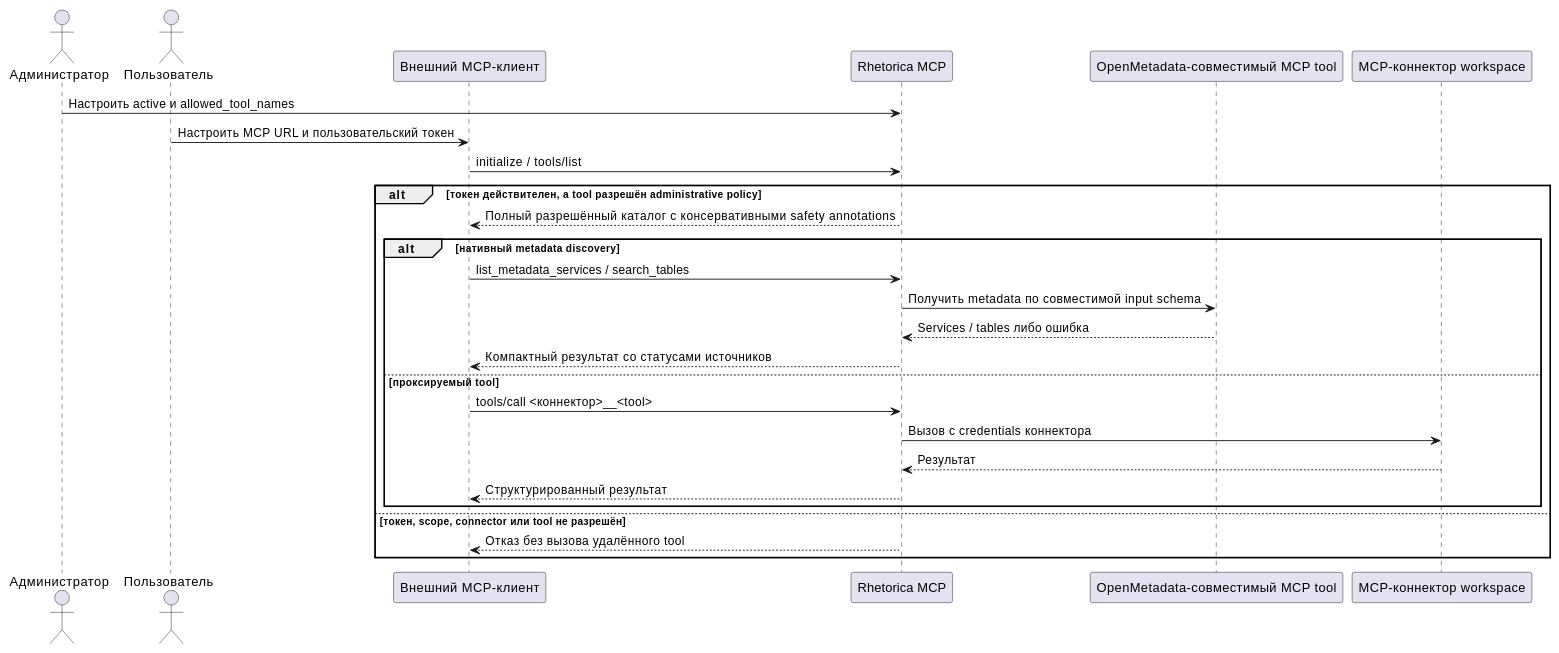
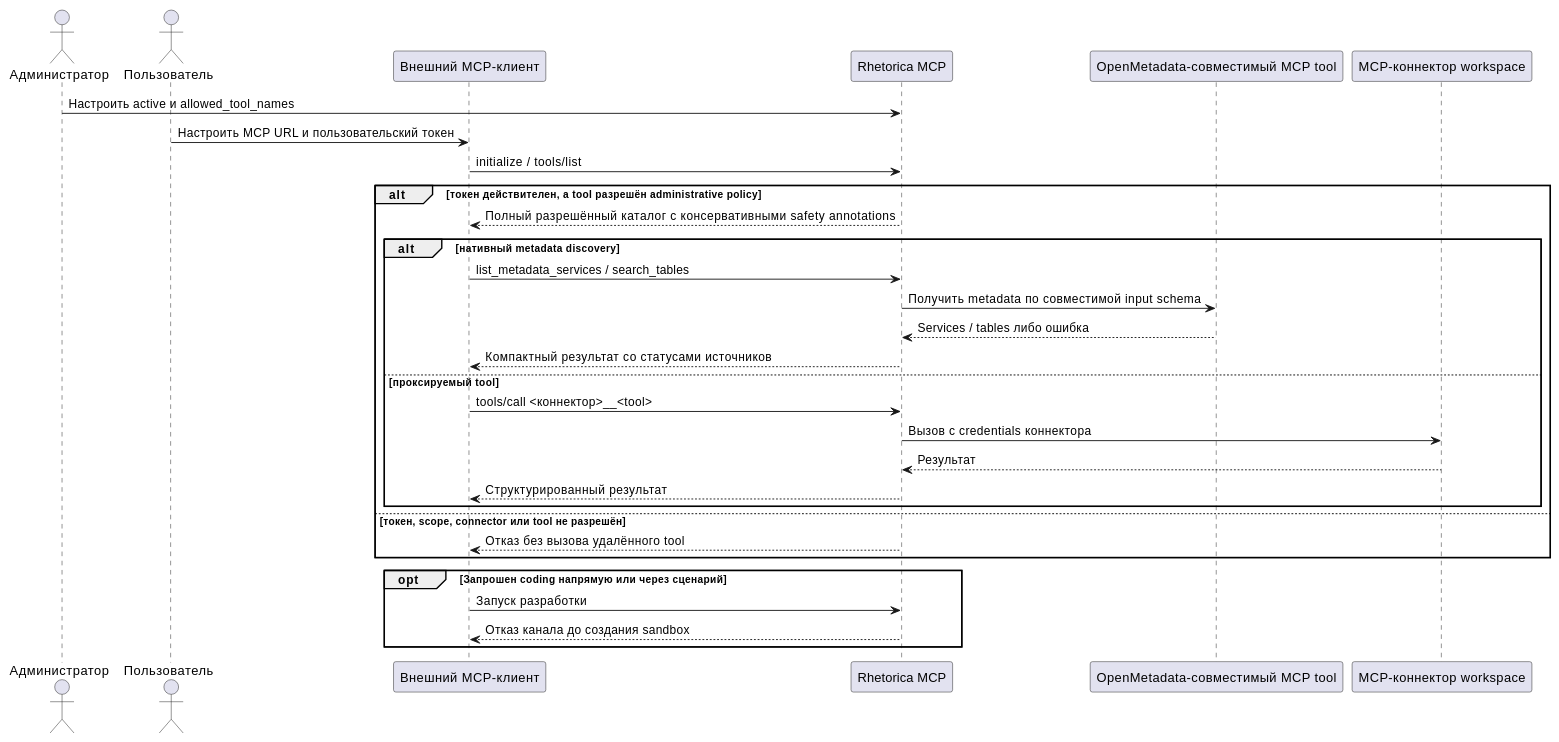
One commit to Adelphopoet/rhetorica changed the diagram in openspec/specs/requirements/functional/fr-rh-012/spec.md. Above: the diagram before and after it, drawn with PlantUML. The commit also changed other lines of this file and 488 other files, not shown here.

````diff
--- a/openspec/specs/requirements/functional/fr-rh-012/spec.md
+++ b/openspec/specs/requirements/functional/fr-rh-012/spec.md
@@ -28,30 +28,34 @@
 ```plantuml
 @startuml
 actor "Администратор" as Admin
 actor "Пользователь" as User
 participant "Внешний MCP-клиент" as Client
 participant "Rhetorica MCP" as API
 participant "OpenMetadata-совместимый MCP tool" as Metadata
 participant "MCP-коннектор workspace" as Remote
 
 Admin -> API: Настроить active и allowed_tool_names
 User -> Client: Настроить MCP URL и пользовательский токен
 Client -> API: initialize / tools/list
 alt токен действителен, а tool разрешён administrative policy
   API --> Client: Полный разрешённый каталог с консервативными safety annotations
   alt нативный metadata discovery
     Client -> API: list_metadata_services / search_tables
     API -> Metadata: Получить metadata по совместимой input schema
     Metadata --> API: Services / tables либо ошибка
     API --> Client: Компактный результат со статусами источников
   else проксируемый tool
     Client -> API: tools/call <коннектор>__<tool>
     API -> Remote: Вызов с credentials коннектора
     Remote --> API: Результат
     API --> Client: Структурированный результат
   end
 else токен, scope, connector или tool не разрешён
   API --> Client: Отказ без вызова удалённого tool
 end
+opt Запрошен coding напрямую или через сценарий
+  Client -> API: Запуск разработки
+  API --> Client: Отказ канала до создания sandbox
+end
 @enduml
 ```
````
